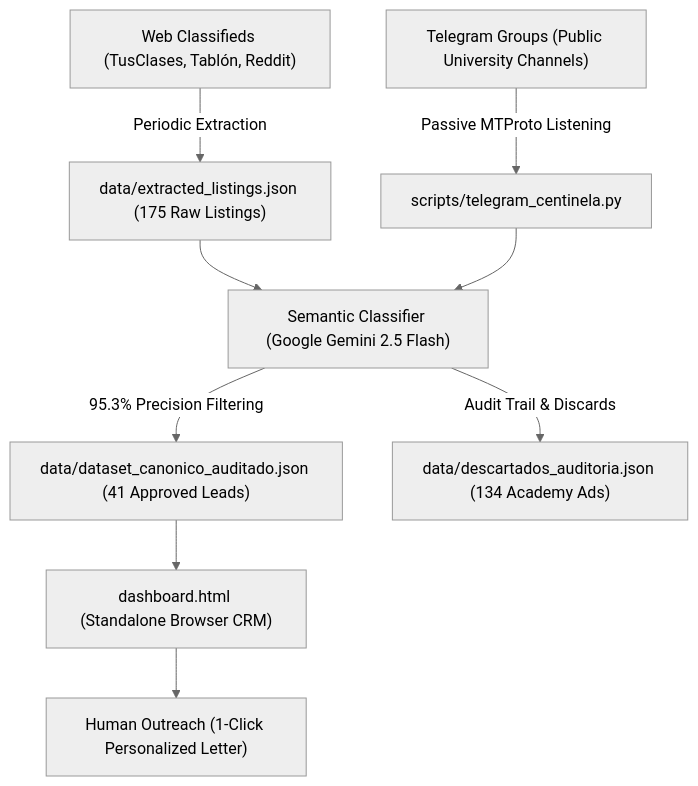
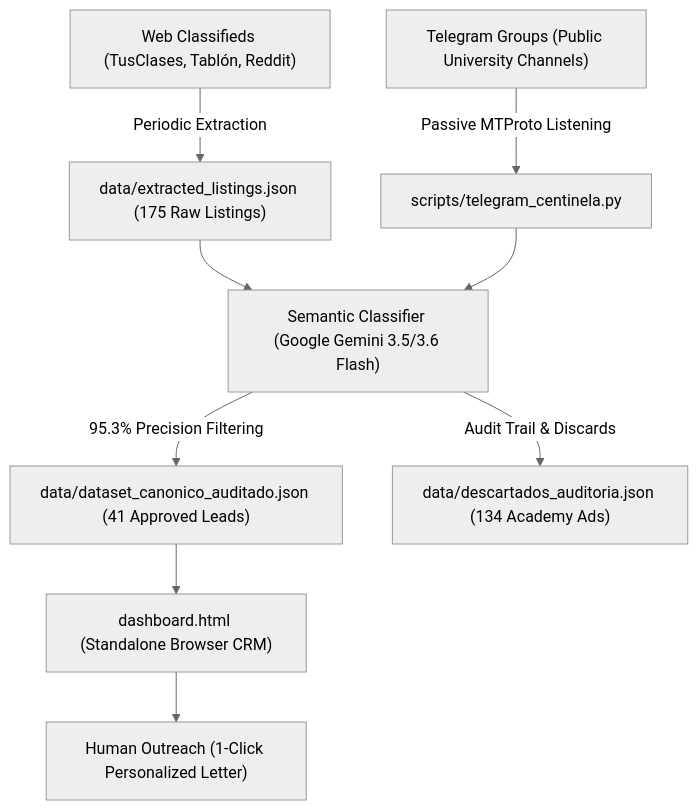
The diagram in README_EN.md (metecondrie/prospeccion-alumnos-ciencias), drawn with Mermaid (neutral theme) before and after one commit. The commit also changed other lines of this file and 15 other files, not shown here.

First line of the commit message:
fix(models): update Gemini references from 2.5 to 3.5/3.6 Flash across codebase and docs

````diff
--- a/README_EN.md
+++ b/README_EN.md
@@ -40,10 +40,10 @@
 ```mermaid
 flowchart TD
     A["Web Classifieds (TusClases, Tablón, Reddit)"] -->|Periodic Extraction| B["data/extracted_listings.json (175 Raw Listings)"]
     C["Telegram Groups (Public University Channels)"] -->|Passive MTProto Listening| D["scripts/telegram_centinela.py"]
-    B & D --> E["Semantic Classifier (Google Gemini 2.5 Flash)"]
+    B & D --> E["Semantic Classifier (Google Gemini 3.5/3.6 Flash)"]
     E -->|95.3% Precision Filtering| F["data/dataset_canonico_auditado.json (41 Approved Leads)"]
     E -->|Audit Trail & Discards| G["data/descartados_auditoria.json (134 Academy Ads)"]
     F --> H["dashboard.html (Standalone Browser CRM)"]
     H --> I["Human Outreach (1-Click Personalized Letter)"]
 ```
````
